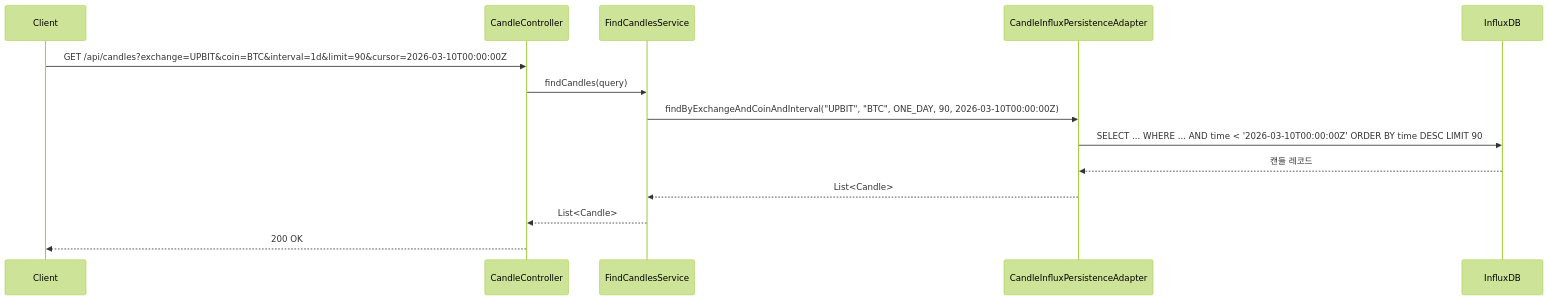
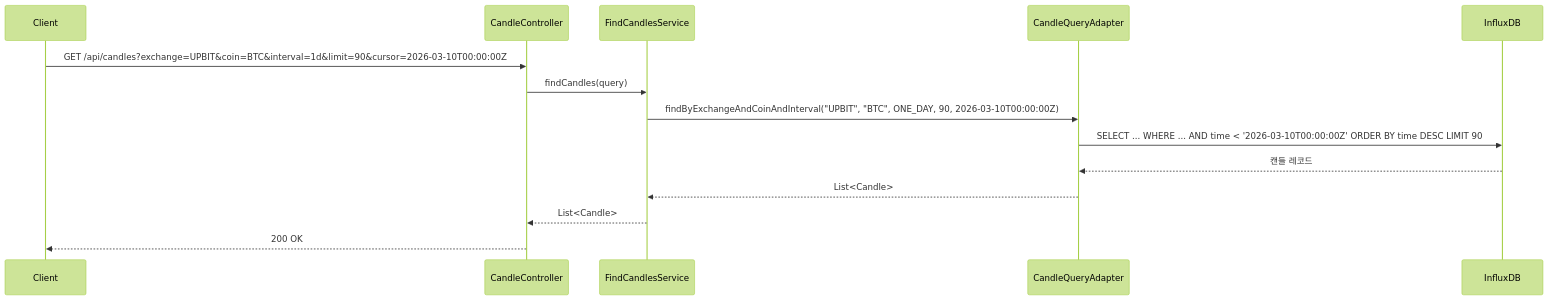
The second of 2 diagrams in docs/marketdata/candle-api.md (kim-se-hee/trypto-backend), drawn with Mermaid (forest theme) before and after one commit. The commit also changed other lines of this file and 1 other file, not shown here.

Commit message:
refactor: CandleInfluxPersistenceAdapter를 CandleQueryAdapter로 리네임 - ArchUnit 네이밍 컨벤션 준수 (CandleQueryPort → CandleQueryAdapter)

````diff
--- a/docs/marketdata/candle-api.md
+++ b/docs/marketdata/candle-api.md
@@ -205,17 +205,17 @@
 ```mermaid
 sequenceDiagram
     participant Client
     participant Controller as CandleController
     participant Service as FindCandlesService
-    participant Adapter as CandleInfluxPersistenceAdapter
+    participant Adapter as CandleQueryAdapter
     participant InfluxDB
 
     Client->>Controller: GET /api/candles?exchange=UPBIT&coin=BTC&interval=1d&limit=90&cursor=2026-03-10T00:00:00Z
     Controller->>Service: findCandles(query)
     Service->>Adapter: findByExchangeAndCoinAndInterval("UPBIT", "BTC", ONE_DAY, 90, 2026-03-10T00:00:00Z)
     Adapter->>InfluxDB: SELECT ... WHERE ... AND time < '2026-03-10T00:00:00Z' ORDER BY time DESC LIMIT 90
     InfluxDB-->>Adapter: 캔들 레코드
     Adapter-->>Service: List<Candle>
     Service-->>Controller: List<Candle>
     Controller-->>Client: 200 OK
 ```
````
